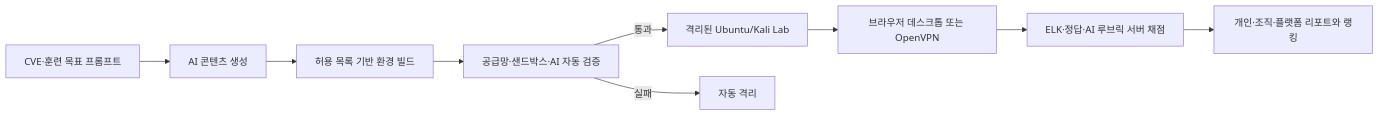
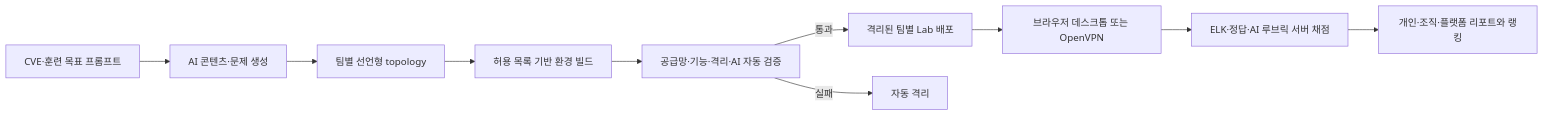
Before and after one commit to ijuns/zerotop: the diagram in README.md, drawn with Mermaid. The commit also changed other lines of this file and 102 other files, not shown here.

````diff
--- a/README.md
+++ b/README.md
@@ -30,11 +31,12 @@
 ```mermaid
 flowchart LR
-    Prompt["CVE·훈련 목표 프롬프트"] --> AI["AI 콘텐츠 생성"]
-    AI --> Build["허용 목록 기반 환경 빌드"]
-    Build --> Validate["공급망·샌드박스·AI 자동 검증"]
-    Validate -->|통과| Run["격리된 Ubuntu/Kali Lab"]
+    Prompt["CVE·훈련 목표 프롬프트"] --> AI["AI 콘텐츠·문제 생성"]
+    AI --> Topology["팀별 선언형 topology"]
+    Topology --> Build["허용 목록 기반 환경 빌드"]
+    Build --> Validate["공급망·기능·격리·AI 자동 검증"]
+    Validate -->|통과| Run["격리된 팀별 Lab 배포"]
     Validate -->|실패| Quarantine["자동 격리"]
     Run --> Workspace["브라우저 데스크톱 또는 OpenVPN"]
     Workspace --> Grade["ELK·정답·AI 루브릭 서버 채점"]
     Grade --> Report["개인·조직·플랫폼 리포트와 랭킹"]
 ```
````
